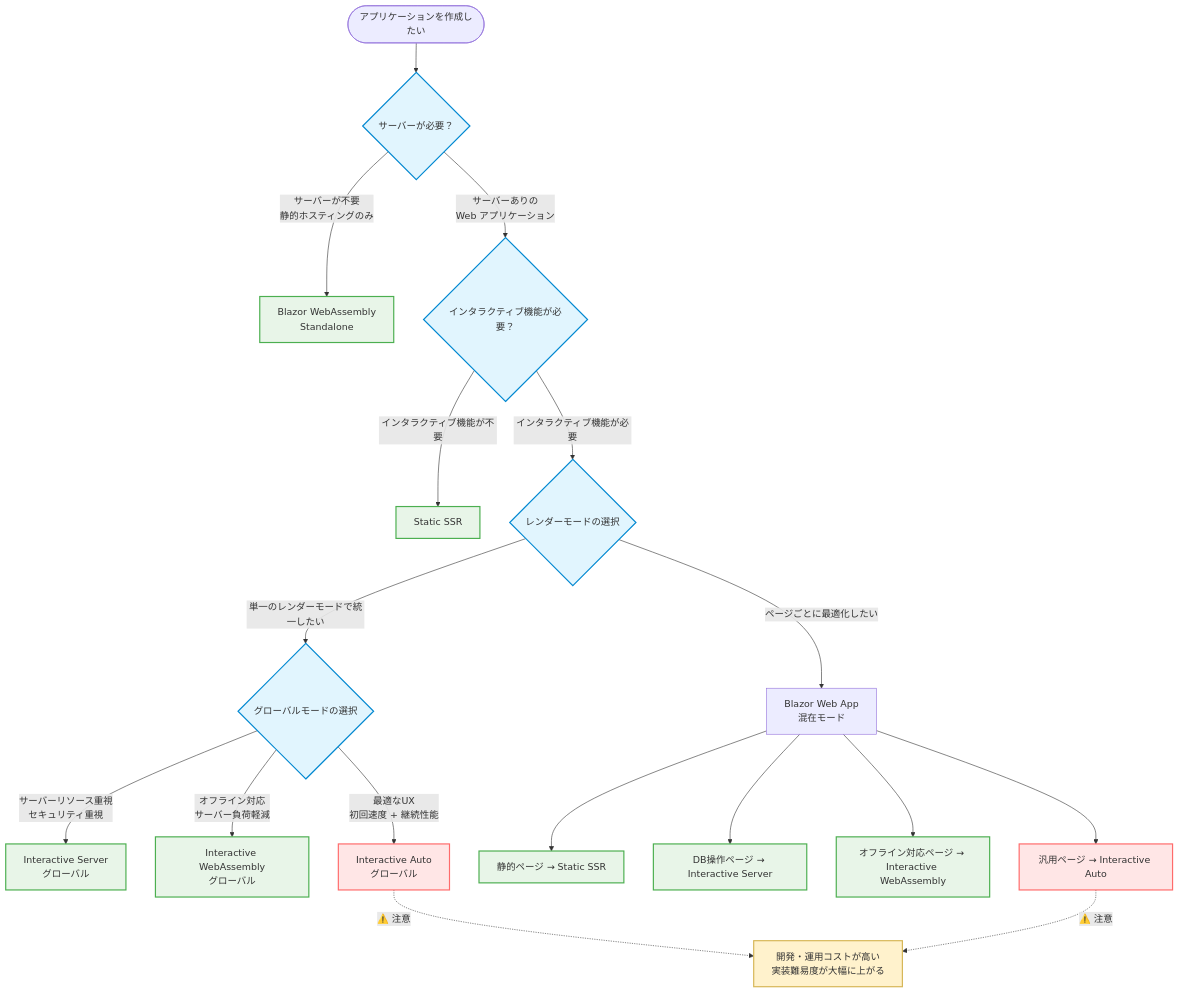
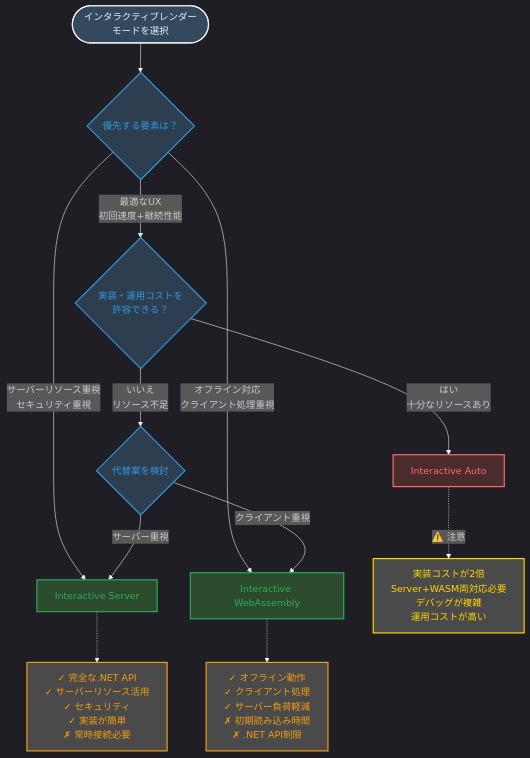
Before and after one commit to runceel/BlazorMode: the third of 3 diagrams in README.md, drawn with Mermaid. The commit also changed other lines of this file, not shown here.

````diff
--- a/README.md
+++ b/README.md
@@ -94,42 +158,37 @@
 ```mermaid
+%%{init: {'theme':'dark', 'themeVariables': { 'primaryColor': '#2c3e50', 'primaryTextColor': '#ecf0f1', 'primaryBorderColor': '#3498db', 'lineColor': '#ecf0f1', 'secondaryColor': '#34495e', 'tertiaryColor': '#4a4a4a'}}}%%
 flowchart TD
-    Start([アプリケーションを作成したい]) --> ServerChoice{サーバーが必要？}
+    Start([インタラクティブレンダーモードを選択]) --> Priority{優先する要素は？}
     
-    ServerChoice -->|サーバーが不要<br/>静的ホスティングのみ| Standalone[Blazor WebAssembly<br/>Standalone]
+    Priority -->|サーバーリソース重視<br/>セキュリティ重視| Server[Interactive Server]
+    Priority -->|オフライン対応<br/>クライアント処理重視| WASM[Interactive WebAssembly]
+    Priority -->|最適なUX<br/>初回速度+継続性能| AutoCheck{実装・運用コストを<br/>許容できる？}
     
-    ServerChoice -->|サーバーありの<br/>Web アプリケーション| Interactive{インタラクティブ機能が必要？}
+    AutoCheck -->|はい<br/>十分なリソースあり| Auto[Interactive Auto]
+    AutoCheck -->|いいえ<br/>リソース不足| Fallback{代替案を検討}
     
-    Interactive -->|インタラクティブ機能が不要| StaticSSR[Static SSR]
+    Fallback -->|サーバー重視| Server
+    Fallback -->|クライアント重視| WASM
     
-    Interactive -->|インタラクティブ機能が必要| RenderMode{レンダーモードの選択}
+    %% 警告
+    Auto -.->|⚠️ 注意| AutoWarning[実装コストが2倍<br/>Server+WASM両対応必要<br/>デバッグが複雑<br/>運用コストが高い]
     
-    RenderMode -->|単一のレンダーモードで統一したい| GlobalMode{グローバルモードの選択}
-    
-    GlobalMode -->|サーバーリソース重視<br/>セキュリティ重視| ServerGlobal[Interactive Server<br/>グローバル]
-    
-    GlobalMode -->|オフライン対応<br/>サーバー負荷軽減| WasmGlobal[Interactive WebAssembly<br/>グローバル]
-    
-    GlobalMode -->|最適なUX<br/>初回速度 + 継続性能| AutoGlobal[Interactive Auto<br/>グローバル]
-    
-    RenderMode -->|ページごとに最適化したい| MixedMode[Blazor Web App<br/>混在モード]
-    
-    MixedMode --> StaticPage[静的ページ → Static SSR]
-    MixedMode --> DBPage[DB操作ページ → Interactive Server]
-    MixedMode --> OfflinePage[オフライン対応ページ → Interactive WebAssembly]
-    MixedMode --> GeneralPage[汎用ページ → Interactive Auto]
-    
-    %% 警告の追加
-    AutoGlobal -.->|⚠️ 注意| CostWarning[開発・運用コストが高い<br/>実装難易度が大幅に上がる]
-    GeneralPage -.->|⚠️ 注意| CostWarning
+    %% 補足情報
+    Server -.-> ServerFeatures[✓ 完全な.NET API<br/>✓ サーバーリソース活用<br/>✓ セキュリティ<br/>✓ 実装が簡単<br/>✗ 常時接続必要]
+    WASM -.-> WASMFeatures[✓ オフライン動作<br/>✓ クライアント処理<br/>✓ サーバー負荷軽減<br/>✗ 初期読み込み時間<br/>✗ .NET API制限]
     
     %% スタイリング
-    classDef warning fill:#fff2cc,stroke:#d6b656,stroke-width:2px
-    classDef autoMode fill:#ffe6e6,stroke:#ff6b6b,stroke-width:2px
-    classDef decision fill:#e1f5fe,stroke:#0288d1,stroke-width:2px
-    classDef endpoint fill:#e8f5e8,stroke:#4caf50,stroke-width:2px
+    classDef decision fill:#2c3e50,stroke:#3498db,stroke-width:2px,color:#3498db
+    classDef endpoint fill:#2c4a2c,stroke:#27ae60,stroke-width:2px,color:#27ae60
+    classDef autoMode fill:#4a2c2c,stroke:#ff6b6b,stroke-width:2px,color:#ff6b6b
+    classDef warning fill:#4a4a4a,stroke:#ffd700,stroke-width:2px,color:#ffd700
+    classDef info fill:#4a4a4a,stroke:#f39c12,stroke-width:2px,color:#f39c12
+    classDef start fill:#34495e,stroke:#ecf0f1,stroke-width:2px,color:#ecf0f1
     
-    class CostWarning warning
-    class AutoGlobal,GeneralPage autoMode
-    class ServerChoice,Interactive,RenderMode,GlobalMode decision
-    class Standalone,StaticSSR,ServerGlobal,WasmGlobal,StaticPage,DBPage,OfflinePage endpoint
+    class Priority,AutoCheck,Fallback decision
+    class Server,WASM endpoint
+    class Auto autoMode
+    class AutoWarning warning
+    class ServerFeatures,WASMFeatures info
+    class Start start
 ```
````
